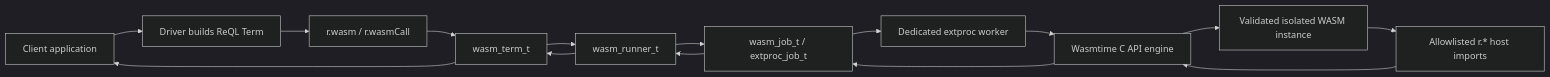
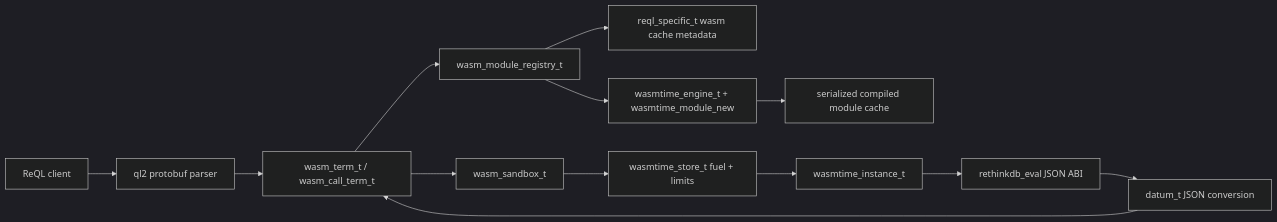
The first of 4 diagrams in .coding-hermes/specs/phase3-wasm-udf.md (totalwindupflightsystems/rethinkdb), drawn with Mermaid (dark theme) before and after one commit. The commit also changed other lines of this file, not shown here.

First line of the commit message:
docs: add Phase 3 axiom-level spec for WASM-based UDF sandbox

````diff
--- a/.coding-hermes/specs/phase3-wasm-udf.md
+++ b/.coding-hermes/specs/phase3-wasm-udf.md
@@ -37,17 +29,15 @@
 ```mermaid
 flowchart LR
-    U[Client application] --> D[Driver builds ReQL Term]
-    D --> Q[r.wasm / r.wasmCall]
-    Q --> T[wasm_term_t]
-    T --> R[wasm_runner_t]
-    R --> J[wasm_job_t / extproc_job_t]
-    J --> P[Dedicated extproc worker]
-    P --> E[Wasmtime C API engine]
-    E --> M[Validated isolated WASM instance]
-    M --> H[Allowlisted r.* host imports]
-    H --> E
-    E --> J
-    J --> R
-    R --> T
-    T --> U
+    Client[ReQL client] --> Parser[ql2 protobuf parser]
+    Parser --> Term[wasm_term_t / wasm_call_term_t]
+    Term --> Registry[wasm_module_registry_t]
+    Registry --> Metadata[reql_specific_t wasm cache metadata]
+    Registry --> Compiler[wasmtime_engine_t + wasmtime_module_new]
+    Compiler --> Cache[serialized compiled module cache]
+    Term --> Sandbox[wasm_sandbox_t]
+    Sandbox --> Store[wasmtime_store_t fuel + limits]
+    Store --> Instance[wasmtime_instance_t]
+    Instance --> ABI[rethinkdb_eval JSON ABI]
+    ABI --> Convert[datum_t JSON conversion]
+    Convert --> Term
 ```
````
